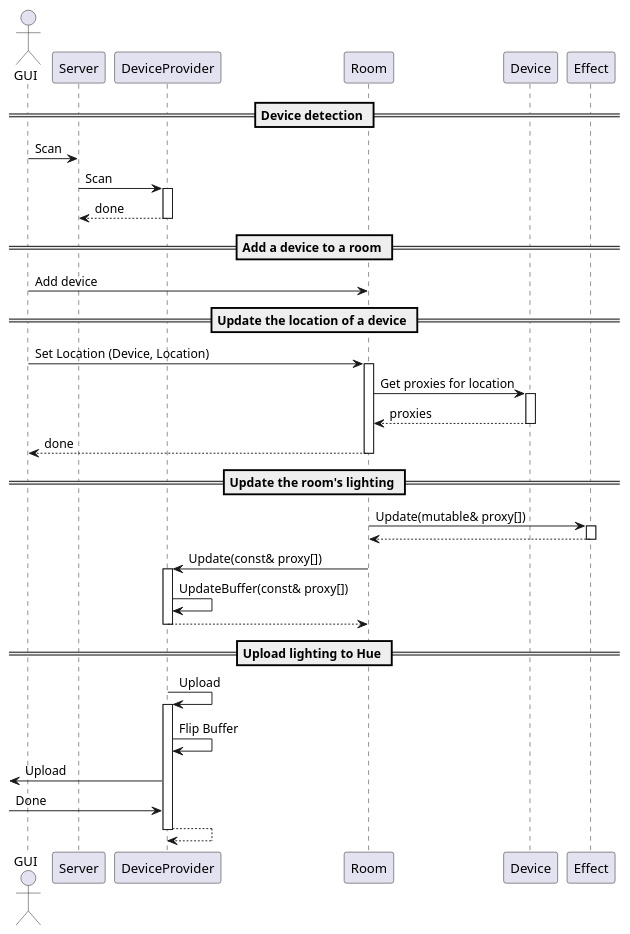
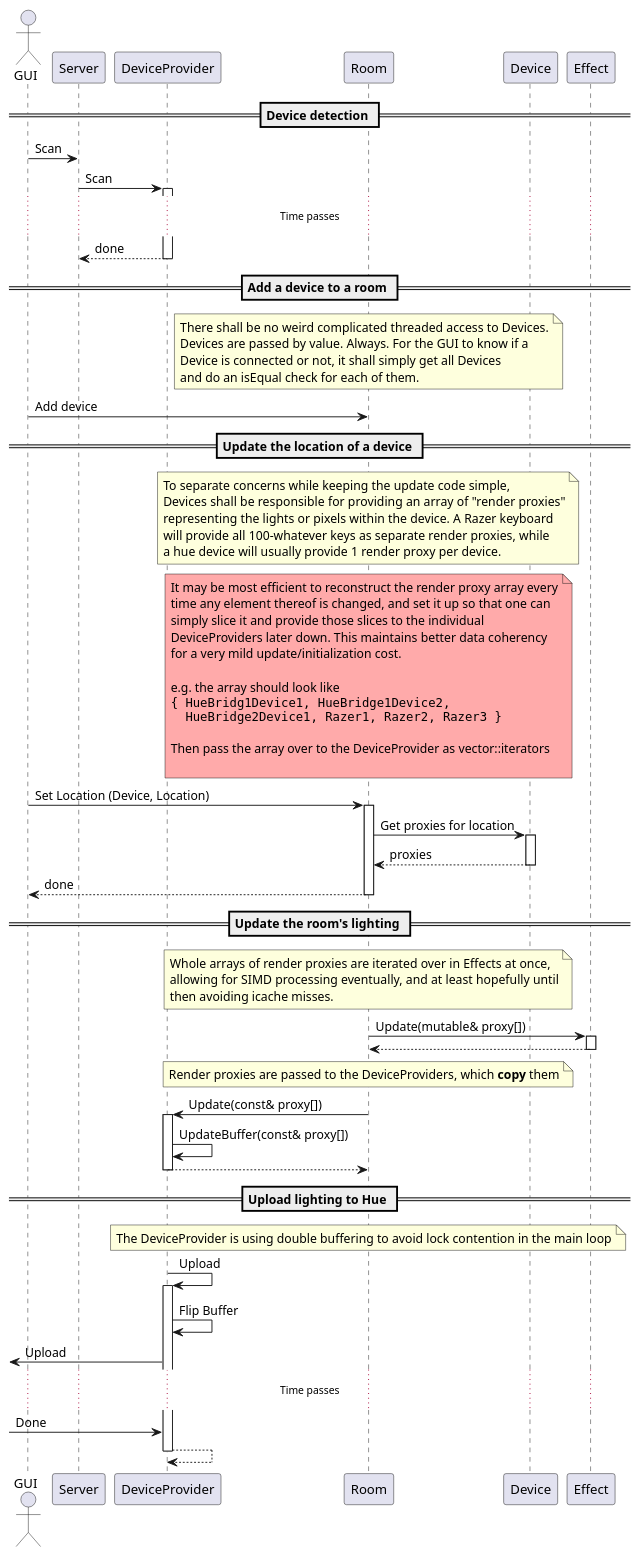
The diagram in updateloop.plantuml (BradyBrenot/huestacean-design), drawn with PlantUML before and after one commit. The commit also changed 1 other file, not shown here.

Commit message:
simplify Device, add notes

```diff
--- a/updateloop.plantuml
+++ b/updateloop.plantuml
@@ -1,44 +1,91 @@
 @startuml
 
 actor GUI
 
 == Device detection ==
 GUI -> Server : Scan
 Server -> DeviceProvider : Scan
 activate DeviceProvider
+... Time passes ...
 return done
 deactivate DeviceProvider
 
 == Add a device to a room ==
 
+note over Room
+ There shall be no weird complicated threaded access to Devices.
+ Devices are passed by value. Always. For the GUI to know if a 
+ Device is connected or not, it shall simply get all Devices
+ and do an isEqual check for each of them.
+end note
+
 GUI -> Room : Add device
 
 == Update the location of a device ==
+
+note over Room
+ To separate concerns while keeping the update code simple,
+ Devices shall be responsible for providing an array of "render proxies"
+ representing the lights or pixels within the device. A Razer keyboard
+ will provide all 100-whatever keys as separate render proxies, while
+ a hue device will usually provide 1 render proxy per device.
+end note
+
+note over Room #FFAAAA
+ It may be most efficient to reconstruct the render proxy array every
+ time any element thereof is changed, and set it up so that one can
+ simply slice it and provide those slices to the individual
+ DeviceProviders later down. This maintains better data coherency
+ for a very mild update/initialization cost.
+ 
+ e.g. the array should look like
+ ""{ HueBridg1Device1, HueBridge1Device2,""
+ ""  HueBridge2Device1, Razer1, Razer2, Razer3 }""
+
+ Then pass the array over to the DeviceProvider as vector::iterators
+
+end note
 
 GUI -> Room : Set Location (Device, Location)
 activate Room
 Room -> Device : Get proxies for location
 activate Device
 return proxies
 return done
 
 == Update the room's lighting ==
 
+note over Room
+ Whole arrays of render proxies are iterated over in Effects at once,
+ allowing for SIMD processing eventually, and at least hopefully until
+ then avoiding icache misses.
+end note
+
 Room -> Effect : Update(mutable& proxy[])
 activate Effect
 return
+
+note over Room
+ Render proxies are passed to the DeviceProviders, which **copy** them
+end note
+
 Room -> DeviceProvider : Update(const& proxy[])
 activate DeviceProvider
 DeviceProvider -> DeviceProvider : UpdateBuffer(const& proxy[])
 return
 
 == Upload lighting to Hue ==
 
+note over Room
+ The DeviceProvider is using double buffering to avoid lock contention in the main loop
+end note
+
 DeviceProvider -> DeviceProvider : Upload
 activate DeviceProvider
 DeviceProvider -> DeviceProvider : Flip Buffer
 DeviceProvider ->[ : Upload
+... Time passes ...
 [-> DeviceProvider : Done
 return
 
 @enduml
```
